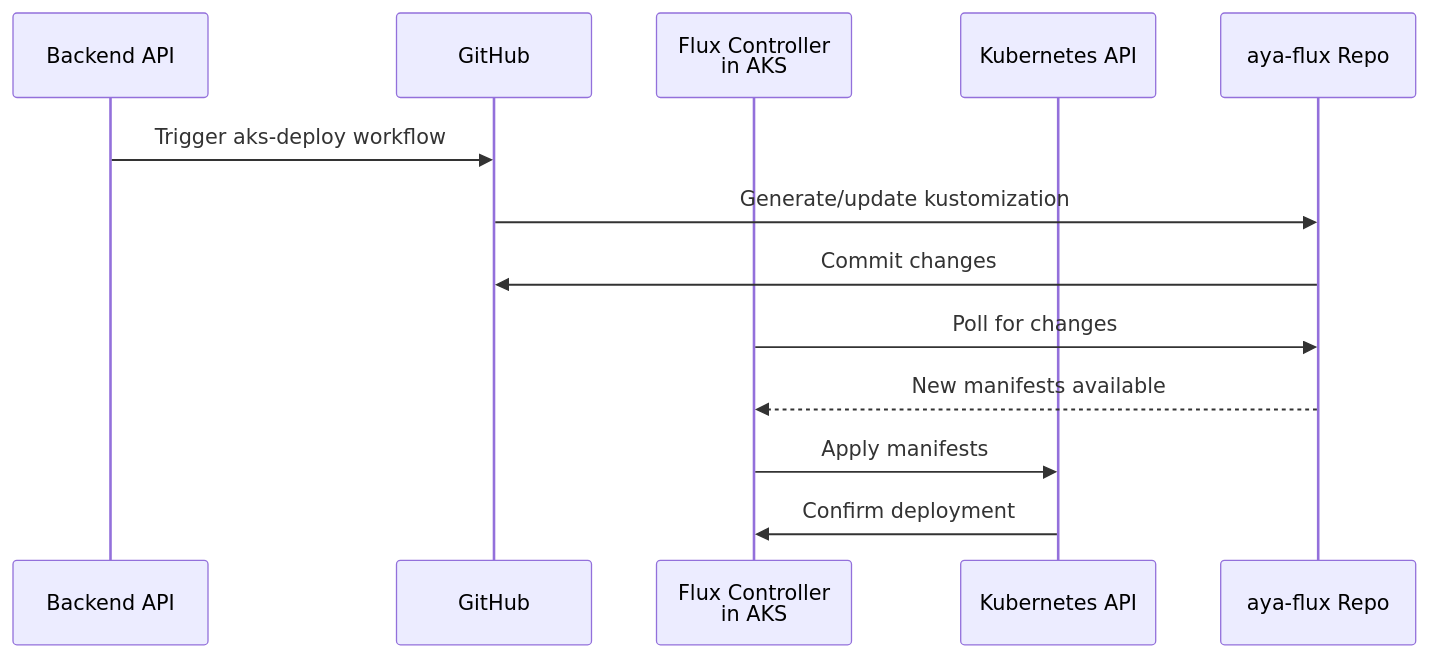
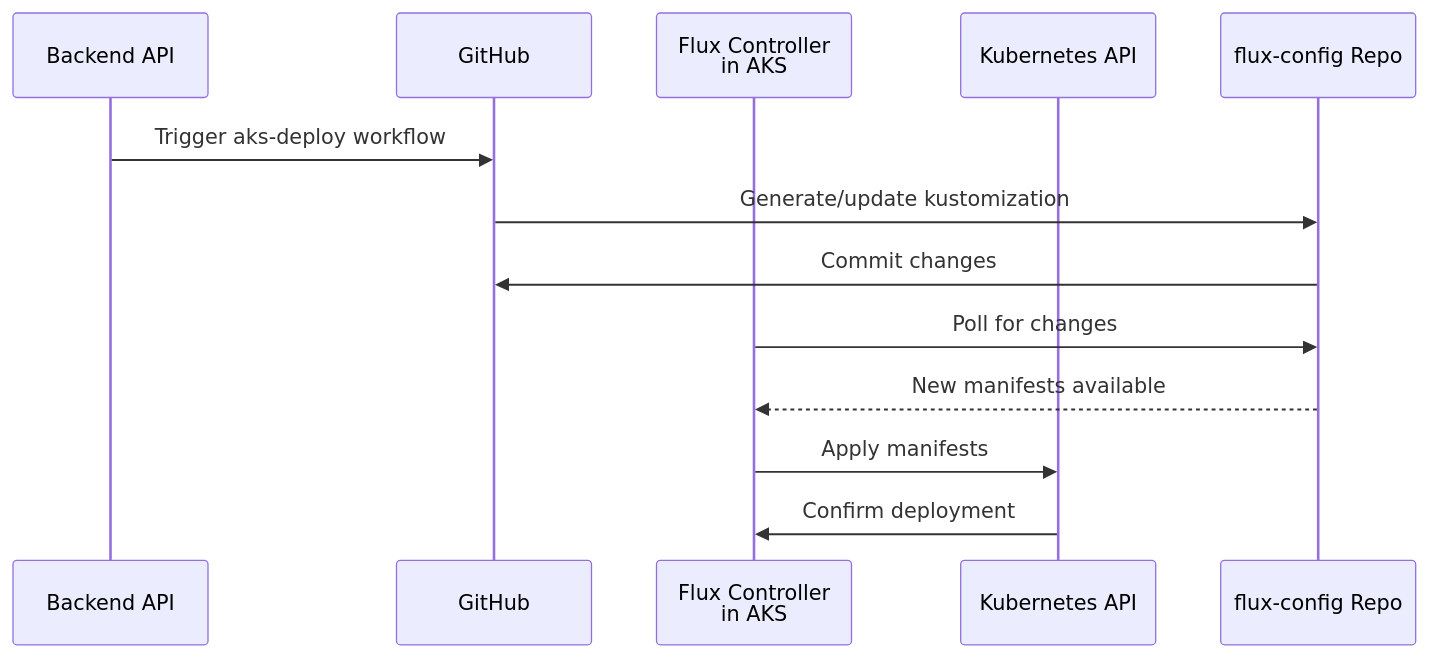
Diagram 14 of 14 in docs/Architecture.md (sushilti80/infra-devex), drawn with Mermaid before and after one commit. The commit also changed other lines of this file and 225 other files, not shown here.

````diff
--- a/docs/Architecture.md
+++ b/docs/Architecture.md
@@ -1631,17 +1631,17 @@
 ```mermaid
 sequenceDiagram
     participant API as Backend API
     participant GitHub as GitHub
     participant Flux as Flux Controller<br/>in AKS
     participant Kube as Kubernetes API
-    participant Manifest as aya-flux Repo
+    participant Manifest as flux-config Repo
 
     API->>GitHub: Trigger aks-deploy workflow
     GitHub->>Manifest: Generate/update kustomization
     Manifest->>GitHub: Commit changes
 
     Flux->>Manifest: Poll for changes
     Manifest-->>Flux: New manifests available
     Flux->>Kube: Apply manifests
     Kube->>Flux: Confirm deployment
 ```
````
